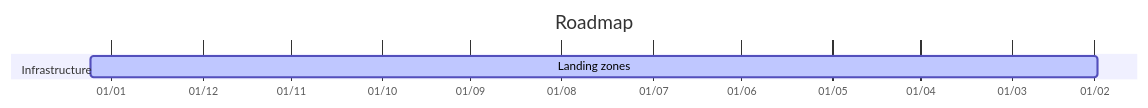
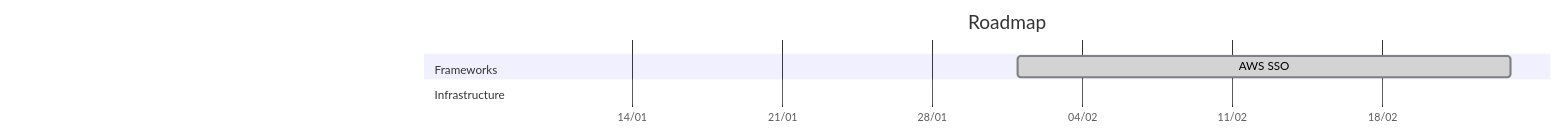
The first of 3 diagrams in docs/roadmap.md (amilochau/.github), drawn with Mermaid before and after one commit. The commit also changed other lines of this file, not shown here.

Commit message:
Update roadmap

````diff
--- a/docs/roadmap.md
+++ b/docs/roadmap.md
@@ -9,15 +9,16 @@
 ```mermaid
 gantt
   title Roadmap
   dateFormat YYYY-MM-DD
   axisFormat %d/%m
 
   section Frameworks
+  AWS SSO           : done,         sso,               2024-02-01,               2024-02-24
 
   section Microservices
 
   section Infrastructure
-  Landing zones     : active,       landing-zones,     2024-01-08,               2023-01-31
+  Landing zones     : done,         landing-zones,     2024-01-08,               2023-01-29
   
   section Business
 ```
````
